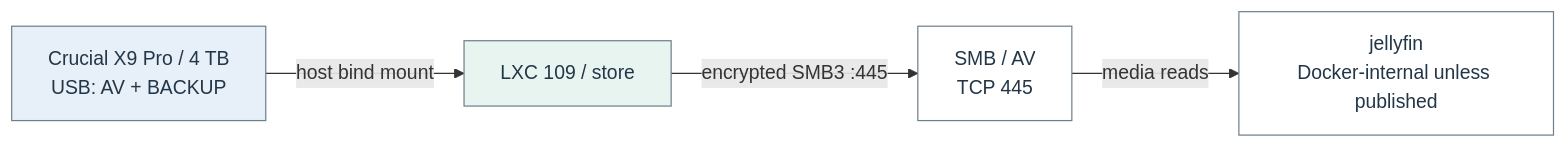
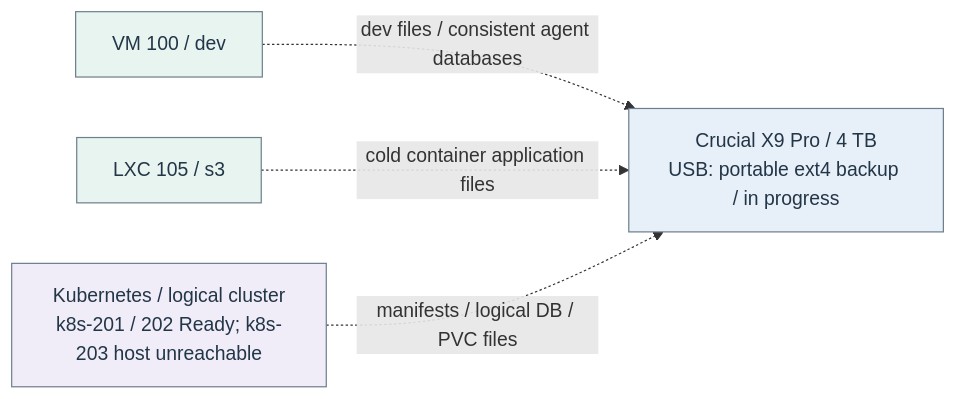
One commit to Harsh-2002/Homelab changed the diagram in docs/architecture/flow-15.mmd. Above: the diagram before and after it, drawn with Mermaid. The commit also changed 42 other files, not shown here.

Commit message:
Prepare portable ext4 data backup for homelab retirement

```diff
--- a/docs/architecture/flow-15.mmd
+++ b/docs/architecture/flow-15.mmd
@@ -1,14 +1,14 @@
 flowchart LR
-  n_flow_15_0["Crucial X9 Pro / 4 TB<br/>USB: AV + BACKUP"]
-  n_flow_15_1["LXC 109 / store"]
-  n_flow_15_2["SMB / AV<br/>TCP 445"]
-  n_flow_15_3["jellyfin<br/>Docker-internal unless published"]
-  n_flow_15_0 -->|"host bind mount"| n_flow_15_1
-  n_flow_15_1 -->|"encrypted SMB3 :445"| n_flow_15_2
-  n_flow_15_2 -->|"media reads"| n_flow_15_3
+  n_flow_15_0["Crucial X9 Pro / 4 TB<br/>USB: portable ext4 backup / in progress"]
+  n_flow_15_1["VM 100 / dev"]
+  n_flow_15_2["LXC 105 / s3"]
+  n_flow_15_3["Kubernetes / logical cluster<br/>k8s-201 / 202 Ready; k8s-203 host unreachable"]
+  n_flow_15_1 -.->|"dev files / consistent agent databases"| n_flow_15_0
+  n_flow_15_2 -.->|"cold container application files"| n_flow_15_0
+  n_flow_15_3 -.->|"manifests / logical DB / PVC files"| n_flow_15_0
   classDef c_flow_15_0 fill:#e7eff8,stroke:#6c7f8c,color:#233647;
   class n_flow_15_0 c_flow_15_0;
   classDef c_flow_15_1 fill:#e8f4f0,stroke:#6c7f8c,color:#233647;
-  class n_flow_15_1 c_flow_15_1;
-  classDef c_flow_15_2 fill:#ffffff,stroke:#6c7f8c,color:#233647;
-  class n_flow_15_2,n_flow_15_3 c_flow_15_2;
+  class n_flow_15_1,n_flow_15_2 c_flow_15_1;
+  classDef c_flow_15_2 fill:#f0edf9,stroke:#6c7f8c,color:#233647;
+  class n_flow_15_3 c_flow_15_2;
```
